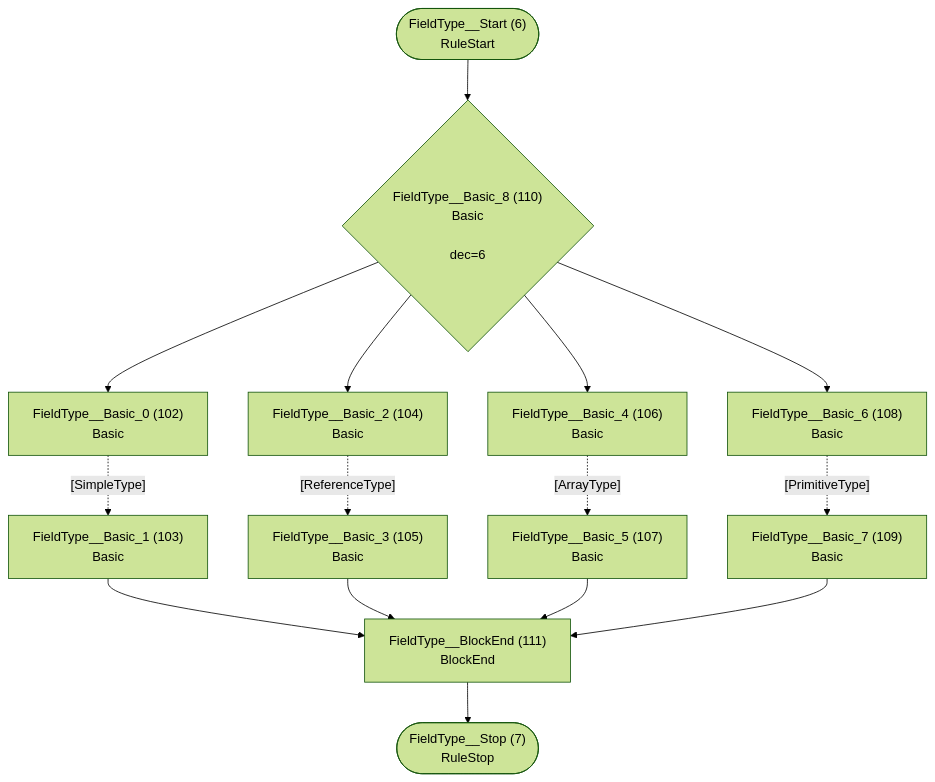
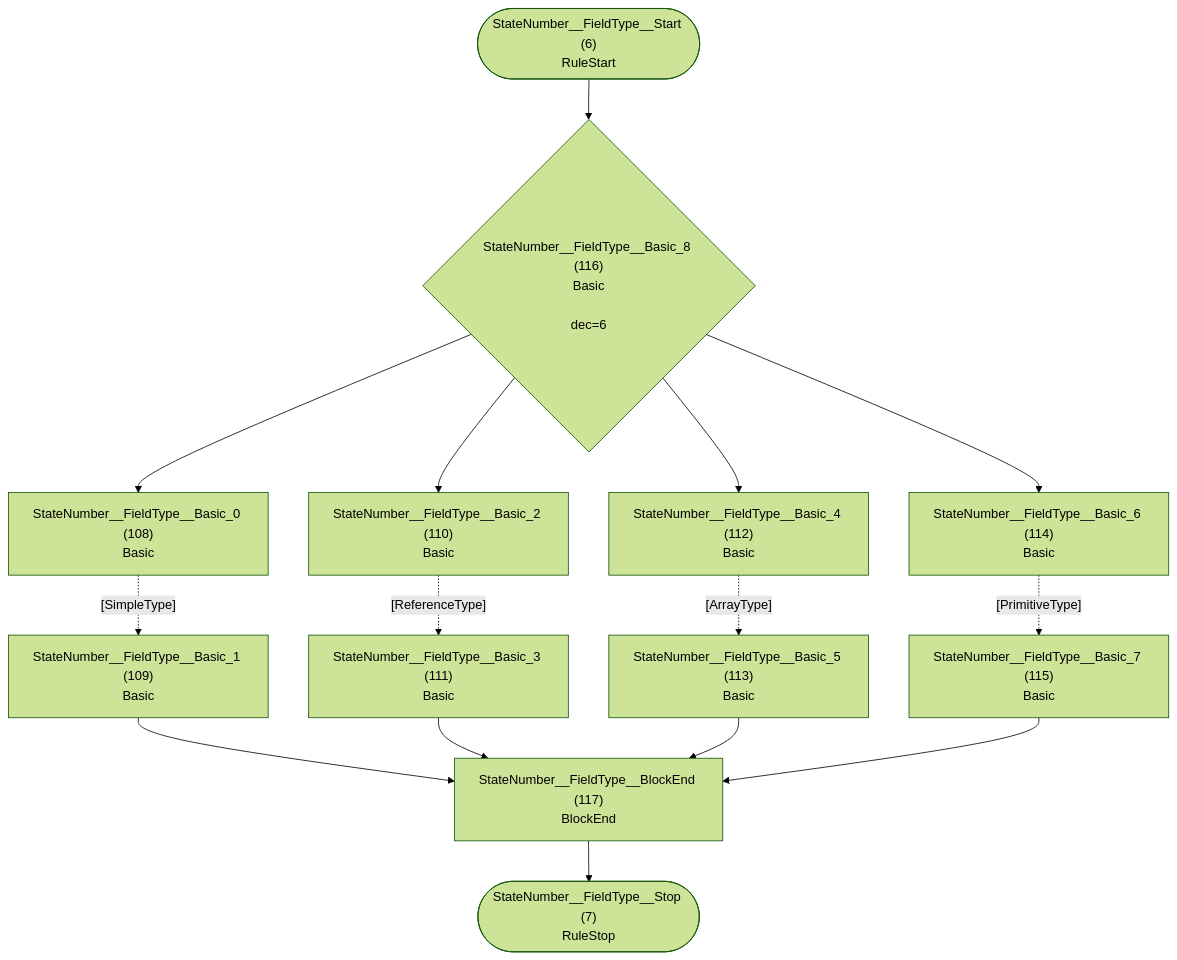
Before and after one commit to TypeFox/fastbelt: the fourth of 32 diagrams in internal/grammar/atn.md, drawn with Mermaid (forest theme). The commit also changed other lines of this file and 5 other files, not shown here.

````diff
--- a/internal/grammar/atn.md
+++ b/internal/grammar/atn.md
@@ -133,30 +133,30 @@
 ```mermaid
 flowchart TD
-    q6(["FieldType__Start (6)<br/>RuleStart"])
-    q7(["FieldType__Stop (7)<br/>RuleStop"])
-    q102["FieldType__Basic_0 (102)<br/>Basic<br/>"]
-    q103["FieldType__Basic_1 (103)<br/>Basic<br/>"]
-    q104["FieldType__Basic_2 (104)<br/>Basic<br/>"]
-    q105["FieldType__Basic_3 (105)<br/>Basic<br/>"]
-    q106["FieldType__Basic_4 (106)<br/>Basic<br/>"]
-    q107["FieldType__Basic_5 (107)<br/>Basic<br/>"]
-    q108["FieldType__Basic_6 (108)<br/>Basic<br/>"]
-    q109["FieldType__Basic_7 (109)<br/>Basic<br/>"]
-    q110{"FieldType__Basic_8 (110)<br/>Basic<br/><br/>dec=6"}
-    q111["FieldType__BlockEnd (111)<br/>BlockEnd<br/>"]
+    q6(["StateNumber__FieldType__Start (6)<br/>RuleStart"])
+    q7(["StateNumber__FieldType__Stop (7)<br/>RuleStop"])
+    q108["StateNumber__FieldType__Basic_0 (108)<br/>Basic<br/>"]
+    q109["StateNumber__FieldType__Basic_1 (109)<br/>Basic<br/>"]
+    q110["StateNumber__FieldType__Basic_2 (110)<br/>Basic<br/>"]
+    q111["StateNumber__FieldType__Basic_3 (111)<br/>Basic<br/>"]
+    q112["StateNumber__FieldType__Basic_4 (112)<br/>Basic<br/>"]
+    q113["StateNumber__FieldType__Basic_5 (113)<br/>Basic<br/>"]
+    q114["StateNumber__FieldType__Basic_6 (114)<br/>Basic<br/>"]
+    q115["StateNumber__FieldType__Basic_7 (115)<br/>Basic<br/>"]
+    q116{"StateNumber__FieldType__Basic_8 (116)<br/>Basic<br/><br/>dec=6"}
+    q117["StateNumber__FieldType__BlockEnd (117)<br/>BlockEnd<br/>"]
 
-    q6 --> q110
-    q102 -.->|"[SimpleType]"| q103
-    q103 --> q111
-    q104 -.->|"[ReferenceType]"| q105
-    q105 --> q111
-    q106 -.->|"[ArrayType]"| q107
-    q107 --> q111
-    q108 -.->|"[PrimitiveType]"| q109
-    q109 --> q111
-    q110 --> q102
-    q110 --> q104
-    q110 --> q106
-    q110 --> q108
-    q111 --> q7
+    q6 --> q116
+    q108 -.->|"[SimpleType]"| q109
+    q109 --> q117
+    q110 -.->|"[ReferenceType]"| q111
+    q111 --> q117
+    q112 -.->|"[ArrayType]"| q113
+    q113 --> q117
+    q114 -.->|"[PrimitiveType]"| q115
+    q115 --> q117
+    q116 --> q108
+    q116 --> q110
+    q116 --> q112
+    q116 --> q114
+    q117 --> q7
 ```
````
